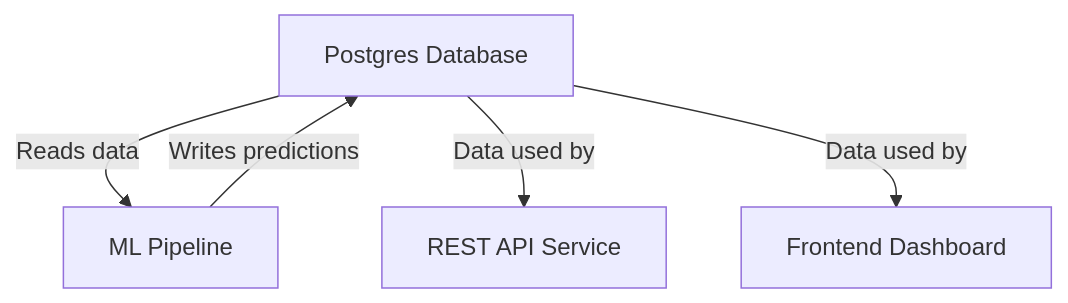
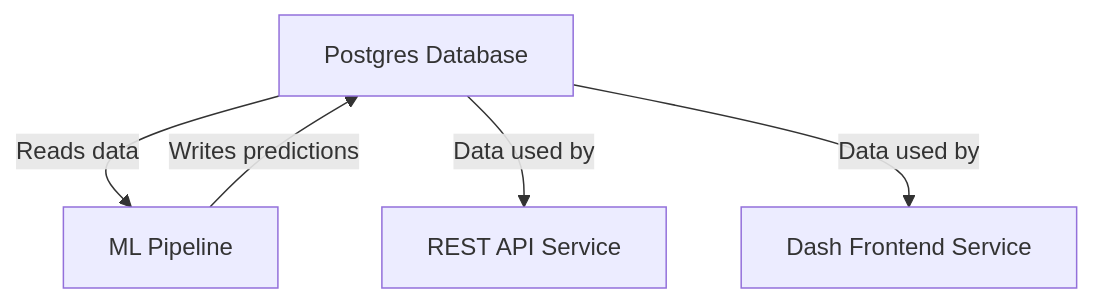
Before and after one commit to jyablonski/doqs: the first of 2 diagrams in src/content/docs/services/ml_pipeline.md, drawn with Mermaid. The commit also changed other lines of this file and 29 other files, not shown here.

````diff
--- a/src/content/docs/services/ml_pipeline.md
+++ b/src/content/docs/services/ml_pipeline.md
@@ -12,8 +13,8 @@
 ``` mermaid
 graph TD
     A[Postgres Database] -->|Reads data| B[ML Pipeline]
     B -->|Writes predictions| A
     A -->|Data used by| C[REST API Service]
-    A -->|Data used by| D[Frontend Dashboard]
+    A -->|Data used by| D[Dash Frontend Service]
 
 ```
````
